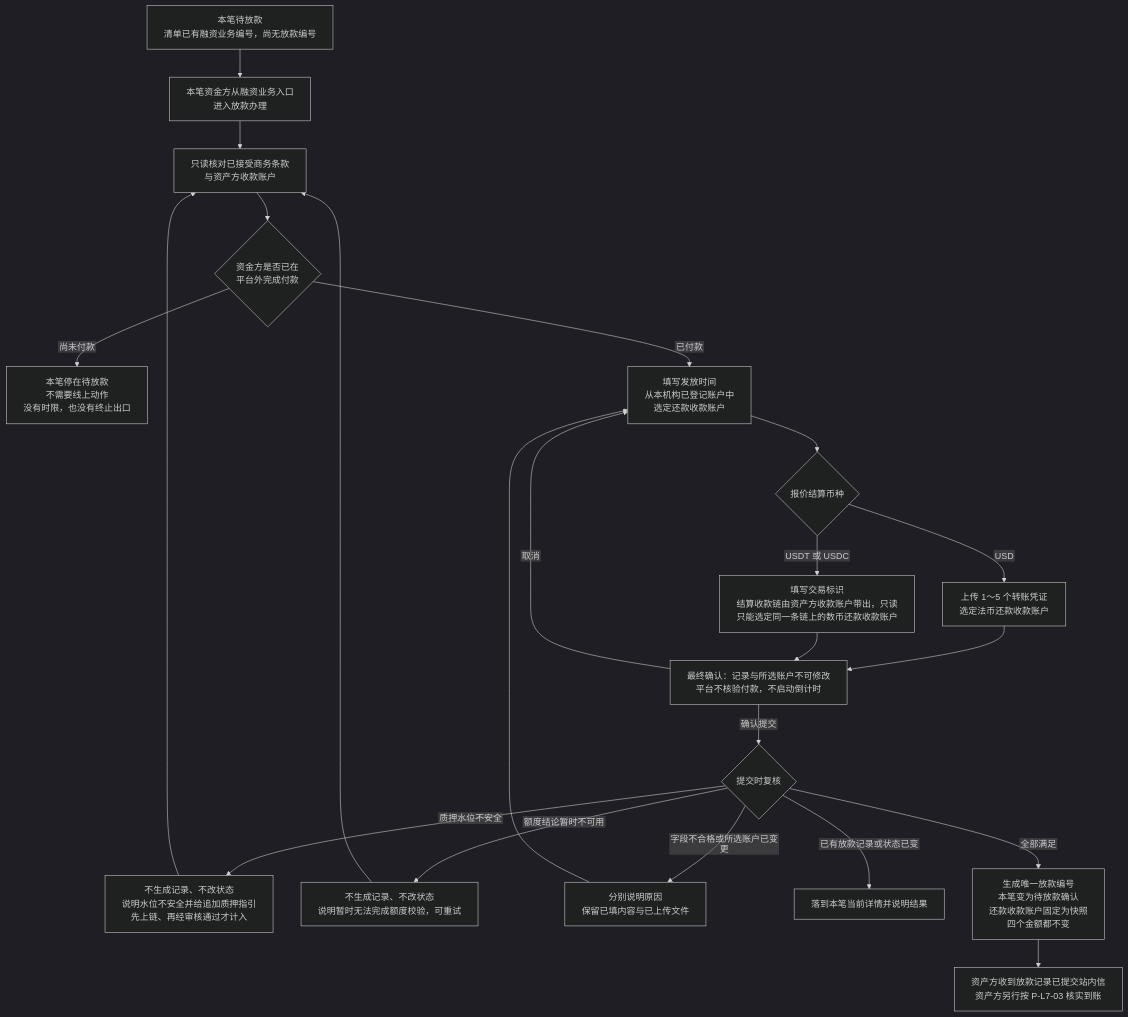
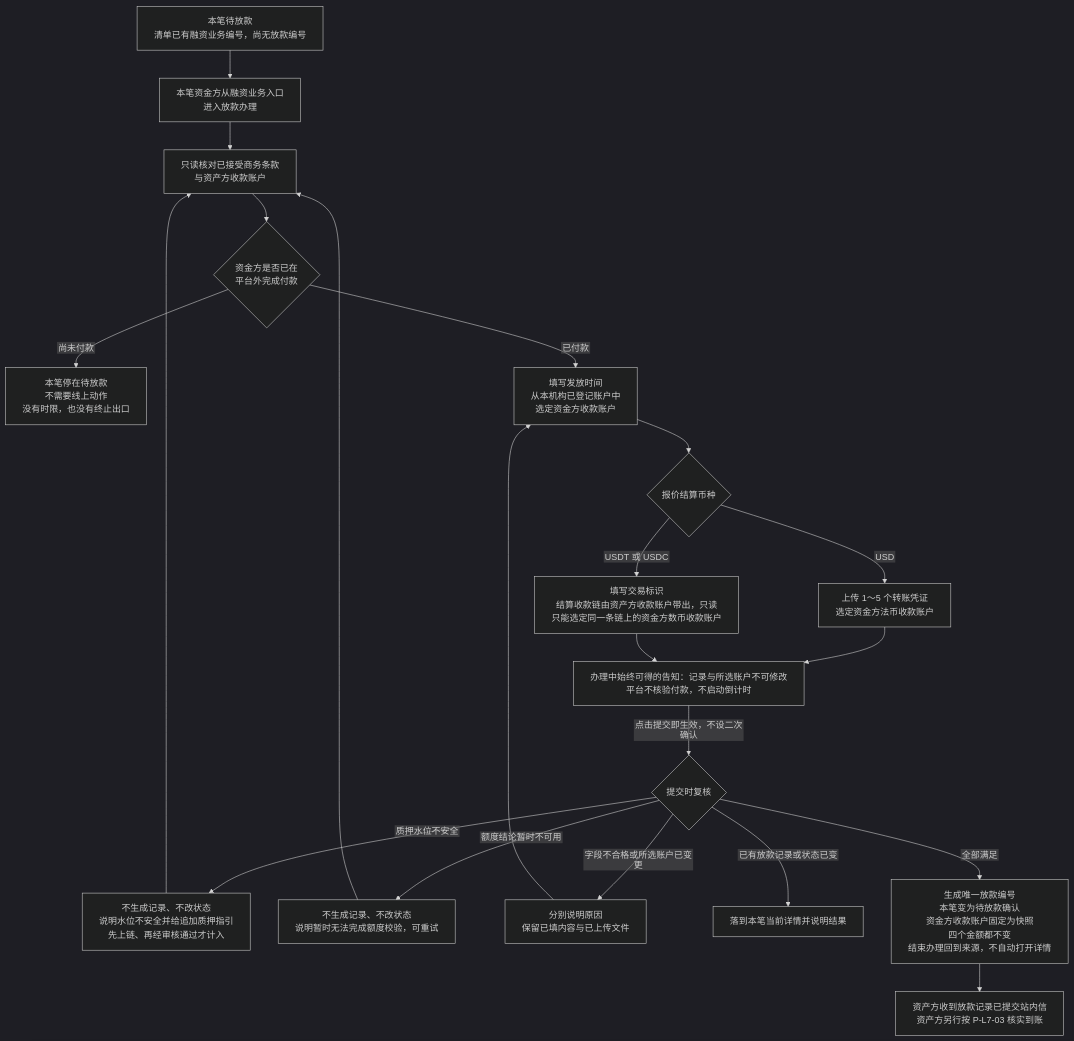
Before and after one commit to wxblockchain/Chain-Financing: the second of 4 diagrams in lending-platform/PRD/面客端/07-借贷广场-放款与放款确认/02-放款与放款确认-流程图与状态机.md, drawn with Mermaid (dark theme). The commit also changed other lines of this file and 5 other files, not shown here.

````diff
--- a/lending-platform/PRD/面客端/07-借贷广场-放款与放款确认/02-放款与放款确认-流程图与状态机.md
+++ b/lending-platform/PRD/面客端/07-借贷广场-放款与放款确认/02-放款与放款确认-流程图与状态机.md
@@ -42,25 +42,24 @@
 ```mermaid
 %%{init: {"flowchart": {"htmlLabels": false, "wrappingWidth": 400}}}%%
 flowchart TD
   A["本笔待放款<br/>清单已有融资业务编号，尚无放款编号"] --> B["本笔资金方从融资业务入口<br/>进入放款办理"]
   B --> C["只读核对已接受商务条款<br/>与资产方收款账户"]
   C --> D{"资金方是否已在<br/>平台外完成付款"}
   D -->|"尚未付款"| E["本笔停在待放款<br/>不需要线上动作<br/>没有时限，也没有终止出口"]
-  D -->|"已付款"| F["填写发放时间<br/>从本机构已登记账户中<br/>选定还款收款账户"]
+  D -->|"已付款"| F["填写发放时间<br/>从本机构已登记账户中<br/>选定资金方收款账户"]
   F --> G{"报价结算币种"}
-  G -->|"USD"| H["上传 1～5 个转账凭证<br/>选定法币还款收款账户"]
-  G -->|"USDT 或 USDC"| I["填写交易标识<br/>结算收款链由资产方收款账户带出，只读<br/>只能选定同一条链上的数币还款收款账户"]
-  H --> J["最终确认：记录与所选账户不可修改<br/>平台不核验付款，不启动倒计时"]
+  G -->|"USD"| H["上传 1～5 个转账凭证<br/>选定资金方法币收款账户"]
+  G -->|"USDT 或 USDC"| I["填写交易标识<br/>结算收款链由资产方收款账户带出，只读<br/>只能选定同一条链上的资金方数币收款账户"]
+  H --> J["办理中始终可得的告知：记录与所选账户不可修改<br/>平台不核验付款，不启动倒计时"]
   I --> J
-  J -->|"取消"| F
-  J -->|"确认提交"| K{"提交时复核"}
+  J -->|"点击提交即生效，不设二次确认"| K{"提交时复核"}
   K -->|"质押水位不安全"| L["不生成记录、不改状态<br/>说明水位不安全并给追加质押指引<br/>先上链、再经审核通过才计入"]
   K -->|"额度结论暂时不可用"| M["不生成记录、不改状态<br/>说明暂时无法完成额度校验，可重试"]
   K -->|"字段不合格或所选账户已变更"| N["分别说明原因<br/>保留已填内容与已上传文件"]
   K -->|"已有放款记录或状态已变"| O["落到本笔当前详情并说明结果"]
-  K -->|"全部满足"| P["生成唯一放款编号<br/>本笔变为待放款确认<br/>还款收款账户固定为快照<br/>四个金额都不变"]
+  K -->|"全部满足"| P["生成唯一放款编号<br/>本笔变为待放款确认<br/>资金方收款账户固定为快照<br/>四个金额都不变<br/>结束办理回到来源，不自动打开详情"]
   L --> C
   M --> C
   N --> F
   P --> Q["资产方收到放款记录已提交站内信<br/>资产方另行按 P-L7-03 核实到账"]
 ```
````
